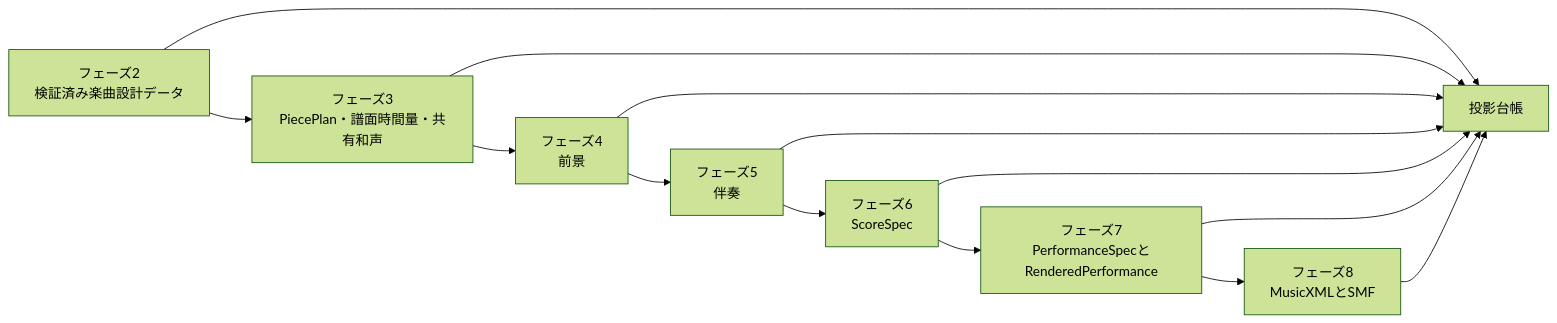
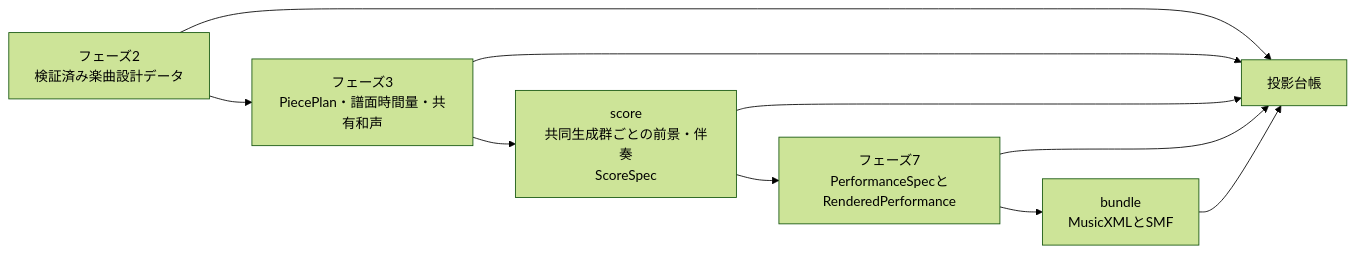
One commit to AllegroMoltoV/scoim changed the diagram in docs/design/performance-generation-pipeline.md. Above: the diagram before and after it, drawn with Mermaid (forest theme). The commit also changed other lines of this file and 40 other files, not shown here.

````diff
--- a/docs/design/performance-generation-pipeline.md
+++ b/docs/design/performance-generation-pipeline.md
@@ -7,16 +7,12 @@
 ```mermaid
 flowchart LR
     A[フェーズ2<br>検証済み楽曲設計データ] --> B[フェーズ3<br>PiecePlan・譜面時間量・共有和声]
-    B --> C[フェーズ4<br>前景]
-    C --> D[フェーズ5<br>伴奏]
-    D --> E[フェーズ6<br>ScoreSpec]
-    E --> F[フェーズ7<br>PerformanceSpecとRenderedPerformance]
-    F --> G[フェーズ8<br>MusicXMLとSMF]
+    B --> C[score<br>共同生成群ごとの前景・伴奏<br>ScoreSpec]
+    C --> F[フェーズ7<br>PerformanceSpecとRenderedPerformance]
+    F --> G[bundle<br>MusicXMLとSMF]
     A --> H[投影台帳]
     B --> H
     C --> H
-    D --> H
-    E --> H
     F --> H
     G --> H
 ```
````
